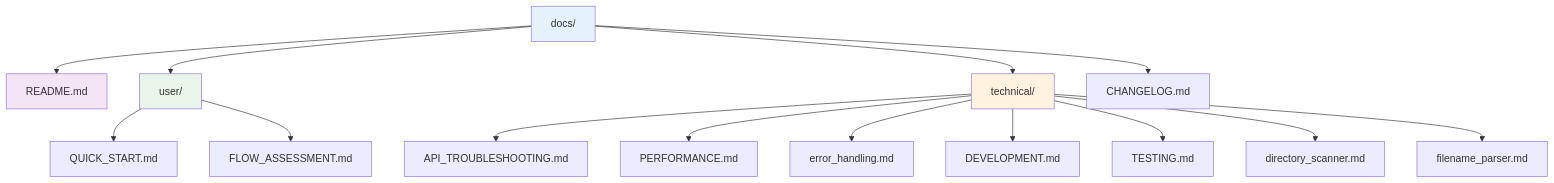
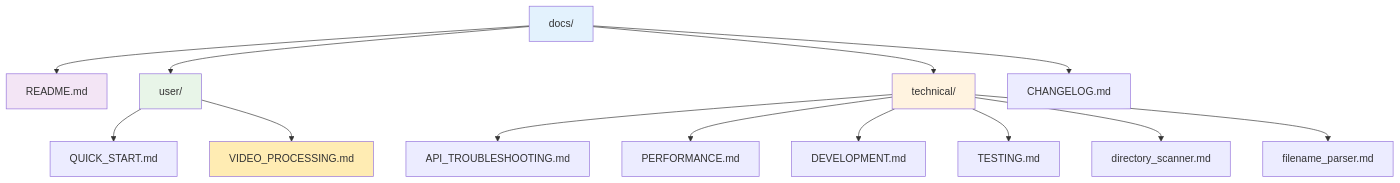
The diagram in docs/README.md (DouglasMacKrell/mpv-scraper), drawn with Mermaid before and after one commit. The commit also changed other lines of this file and 15 other files, not shown here.

Commit message:
WIP: Add video processing features - cropping, conversion, optimization, and parallel processing. Tests need fixing but core functionality is implemented.

````diff
--- a/docs/README.md
+++ b/docs/README.md
@@ -7,23 +7,23 @@
 ```mermaid
 graph TD
     A[docs/] --> B[README.md]
     A --> C[user/]
     A --> D[technical/]
     A --> E[CHANGELOG.md]
 
     C --> F[QUICK_START.md]
-    C --> G[FLOW_ASSESSMENT.md]
+    C --> G[VIDEO_PROCESSING.md]
 
     D --> H[API_TROUBLESHOOTING.md]
     D --> I[PERFORMANCE.md]
-    D --> J[error_handling.md]
-    D --> K[DEVELOPMENT.md]
-    D --> L[TESTING.md]
-    D --> M[directory_scanner.md]
-    D --> N[filename_parser.md]
+    D --> J[DEVELOPMENT.md]
+    D --> K[TESTING.md]
+    D --> L[directory_scanner.md]
+    D --> M[filename_parser.md]
 
     style A fill:#e3f2fd
     style C fill:#e8f5e8
     style D fill:#fff3e0
     style B fill:#f3e5f5
+    style G fill:#ffecb3
 ```
````
